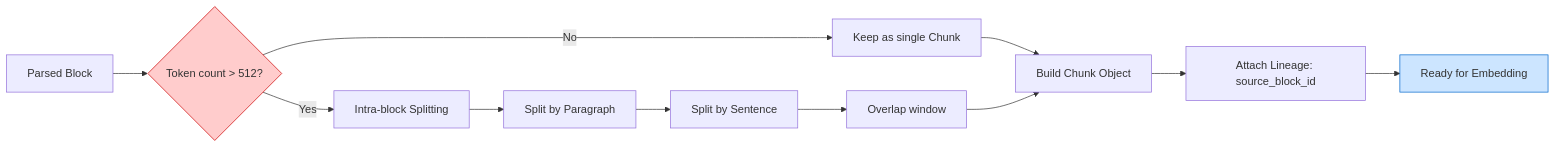
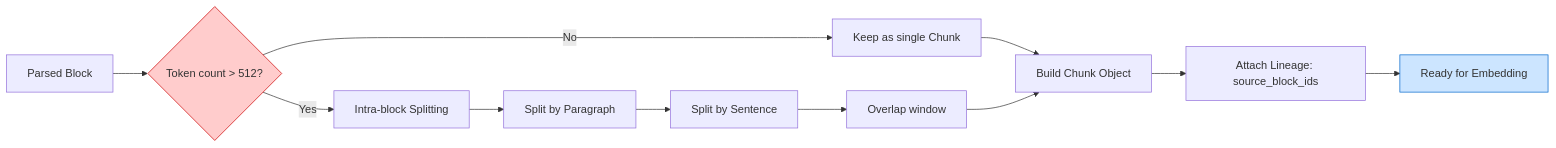
The third of 7 diagrams in Architecture/13-rag-pipeline-design.md (TatVan-24/StudyBot), drawn with Mermaid before and after one commit. The commit also changed other lines of this file and 10 other files, not shown here.

````diff
--- a/Architecture/13-rag-pipeline-design.md
+++ b/Architecture/13-rag-pipeline-design.md
@@ -96,20 +111,16 @@
 ```mermaid
 flowchart LR
     Block[Parsed Block] --> Check{Token count > 512?}
-    
     Check -->|No| AsIs[Keep as single Chunk]
     Check -->|Yes| Split[Intra-block Splitting]
-    
     Split --> S1[Split by Paragraph]
     S1 --> S2[Split by Sentence]
     S2 --> S3[Overlap window]
-    
     AsIs --> Build[Build Chunk Object]
     S3 --> Build
-    
-    Build --> Meta[Attach Lineage: source_block_id]
+    Build --> Meta[Attach Lineage: source_block_ids]
     Meta --> Final[Ready for Embedding]
-    
+
     style Check fill:#ffcccc,stroke:#cc0000
     style Final fill:#cce5ff,stroke:#0066cc
 ```
````
